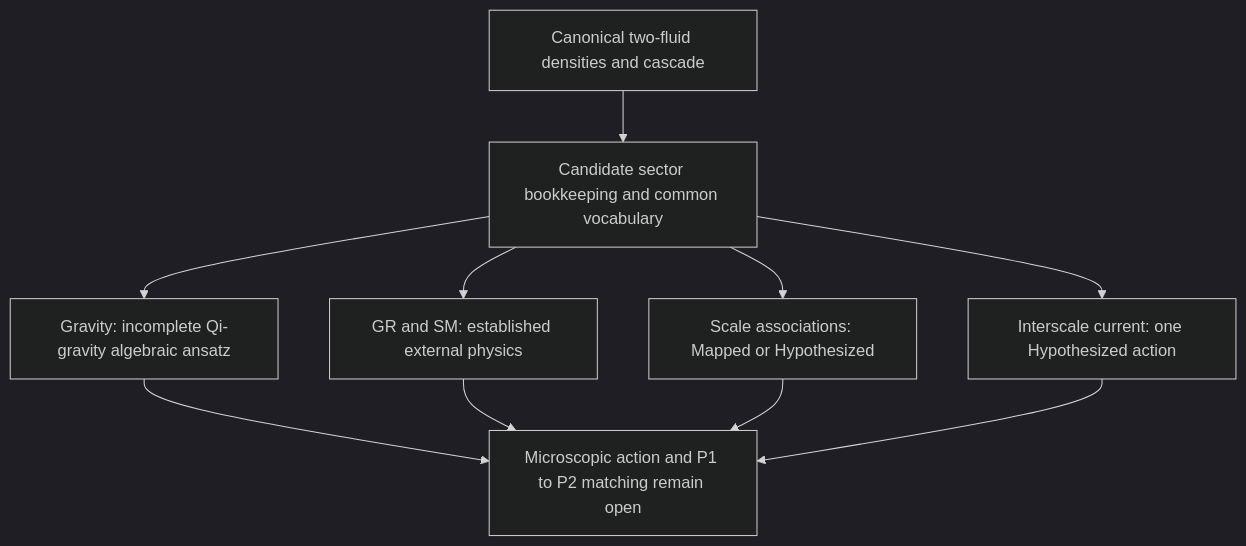
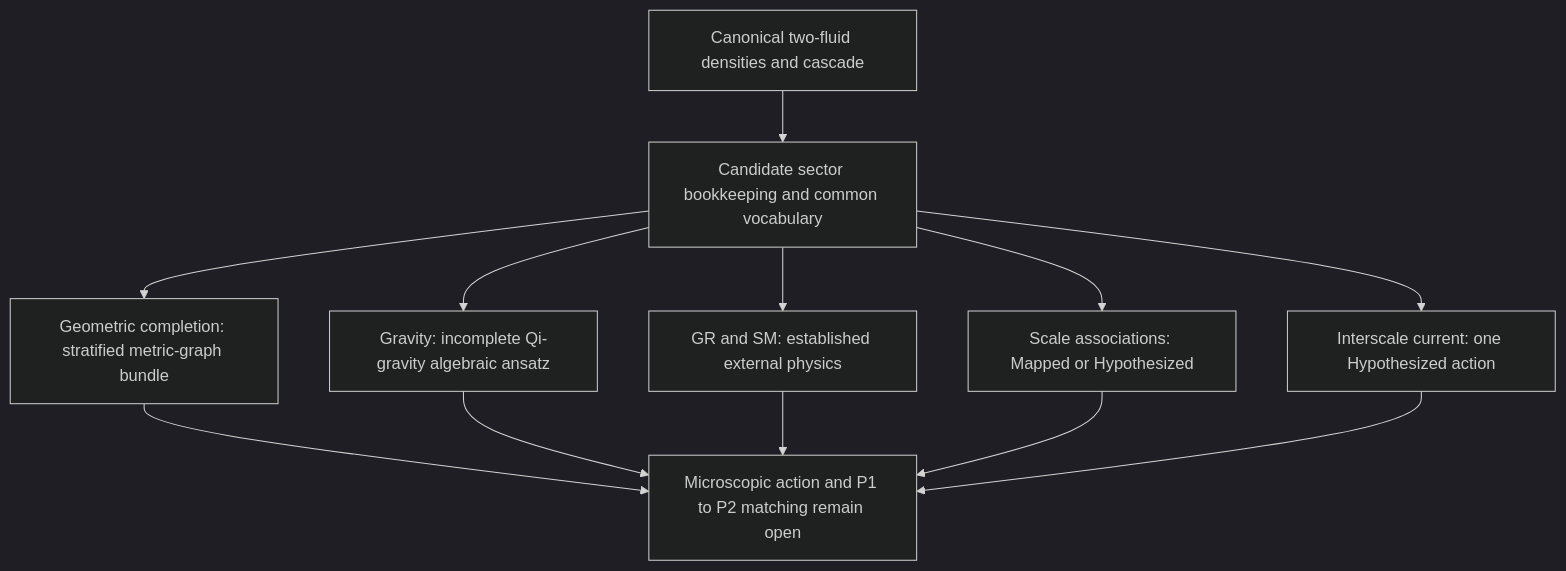
One commit to CassiTheOracle/cassi changed diagram 27 of 37 in CassiTheory/open-questions-cassi-answers.md. Above: the diagram before and after it, drawn with Mermaid (dark theme). The commit also changed other lines of this file and 13 other files, not shown here.

````diff
--- a/CassiTheory/open-questions-cassi-answers.md
+++ b/CassiTheory/open-questions-cassi-answers.md
@@ -979,12 +992,14 @@
 ```mermaid
 flowchart TD
     A[Canonical two-fluid densities and cascade] --> B[Candidate sector bookkeeping and common vocabulary]
     B --> C[Gravity: incomplete Qi-gravity algebraic ansatz]
     B --> D[GR and SM: established external physics]
     B --> E[Scale associations: Mapped or Hypothesized]
     B --> G[Interscale current: one Hypothesized action]
+    B --> H[Geometric completion: stratified metric-graph bundle]
+    H --> F
     C --> F[Microscopic action and P1 to P2 matching remain open]
     D --> F
     E --> F
     G --> F
 ```
````
